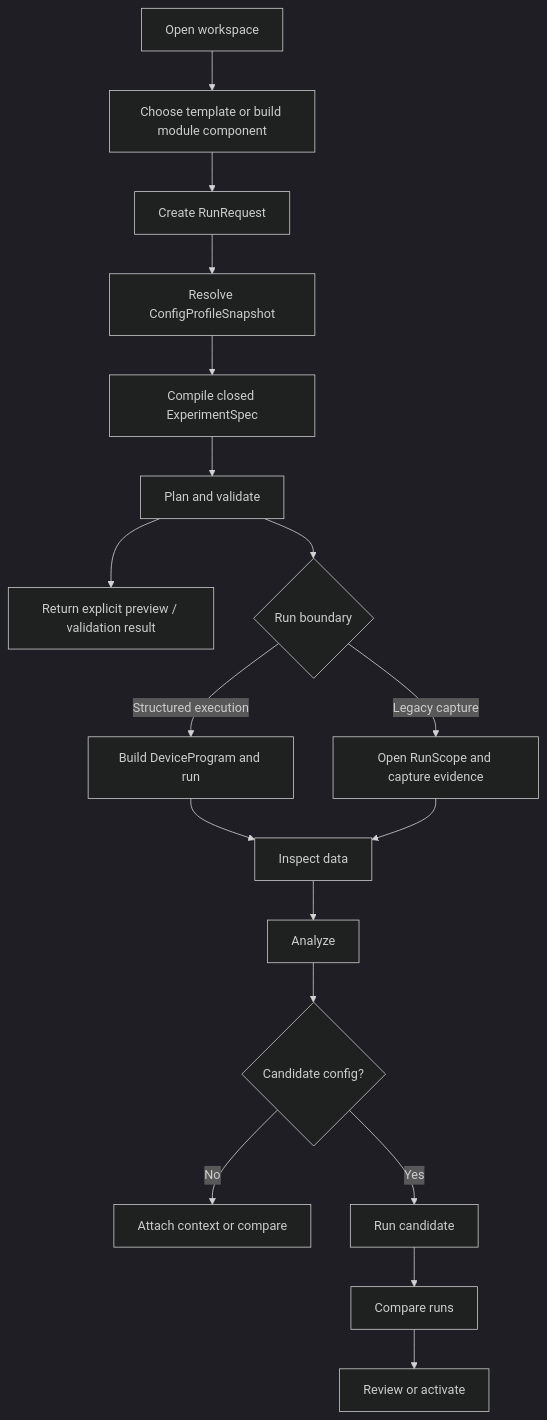
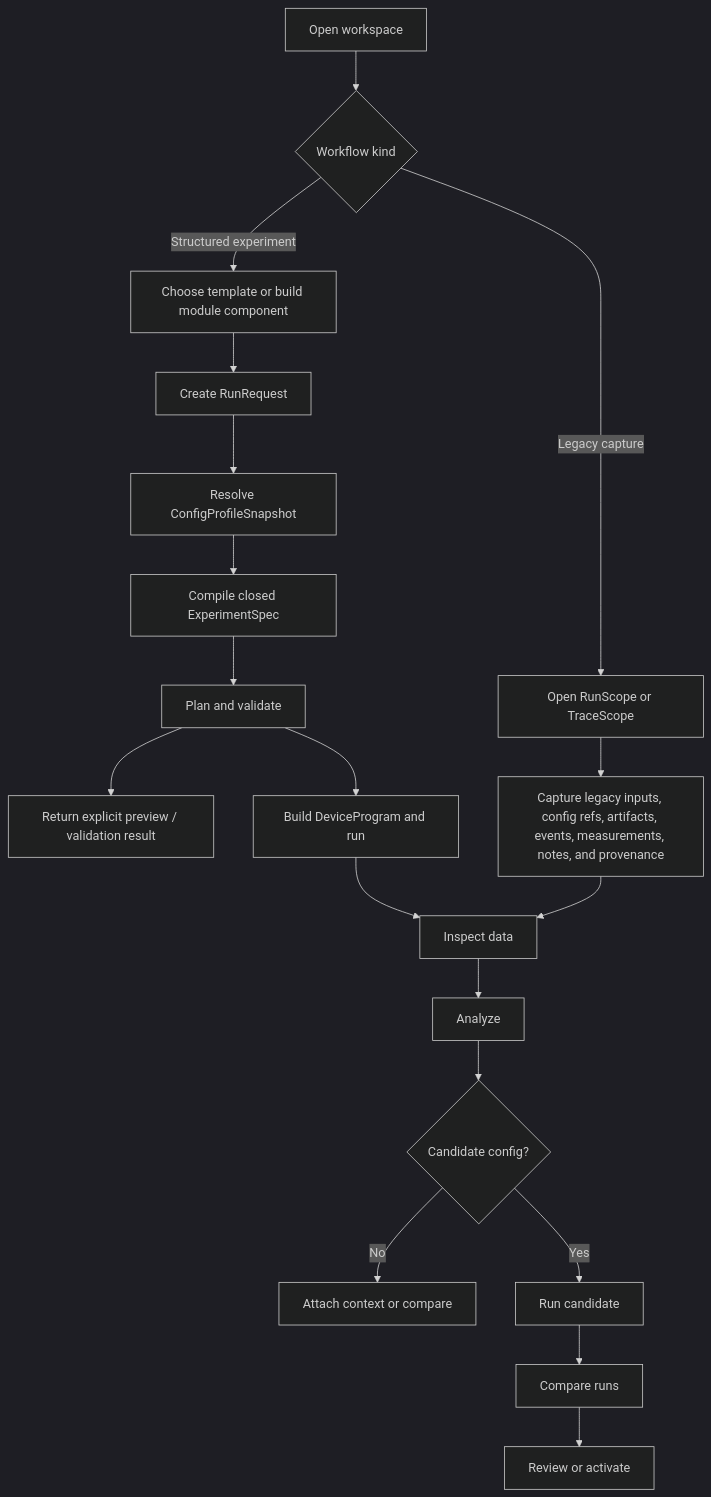
One commit to kahojyun/scopecat changed the diagram in docs/experiment-workflow.md. Above: the diagram before and after it, drawn with Mermaid (dark theme). The commit also changed other lines of this file, not shown here.

Commit message:
Clarify legacy capture workflow

````diff
--- a/docs/experiment-workflow.md
+++ b/docs/experiment-workflow.md
@@ -35,20 +52,21 @@
 ```mermaid
 flowchart TD
-    A["Open workspace"] --> B["Choose template or build module component"]
+    A["Open workspace"] --> S{"Workflow kind"}
+    S -->|Structured experiment| B["Choose template or build module component"]
     B --> C["Create RunRequest"]
     C --> D["Resolve ConfigProfileSnapshot"]
     D --> E["Compile closed ExperimentSpec"]
     E --> F["Plan and validate"]
     F --> H["Return explicit preview / validation result"]
-    F --> G{"Run boundary"}
-    G -->|Structured execution| I["Build DeviceProgram and run"]
-    G -->|Legacy capture| J["Open RunScope and capture evidence"]
+    F --> I["Build DeviceProgram and run"]
+    S -->|Legacy capture| J["Open RunScope or TraceScope"]
+    J --> R["Capture legacy inputs, config refs, artifacts, events, measurements, notes, and provenance"]
     I --> K["Inspect data"]
-    J --> K
+    R --> K
     K --> L["Analyze"]
     L --> M{"Candidate config?"}
     M -->|No| N["Attach context or compare"]
     M -->|Yes| O["Run candidate"]
     O --> P["Compare runs"]
     P --> Q["Review or activate"]
 ```
````
